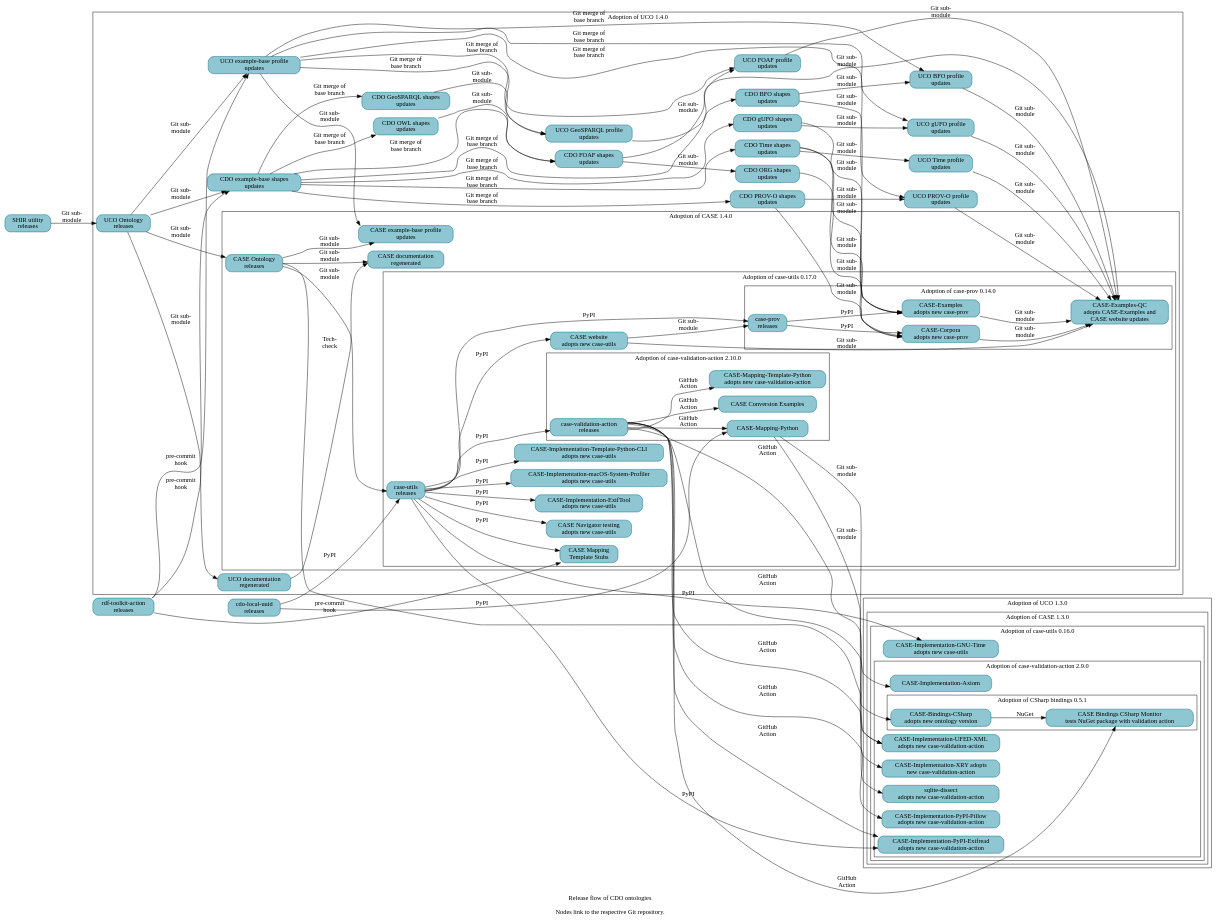
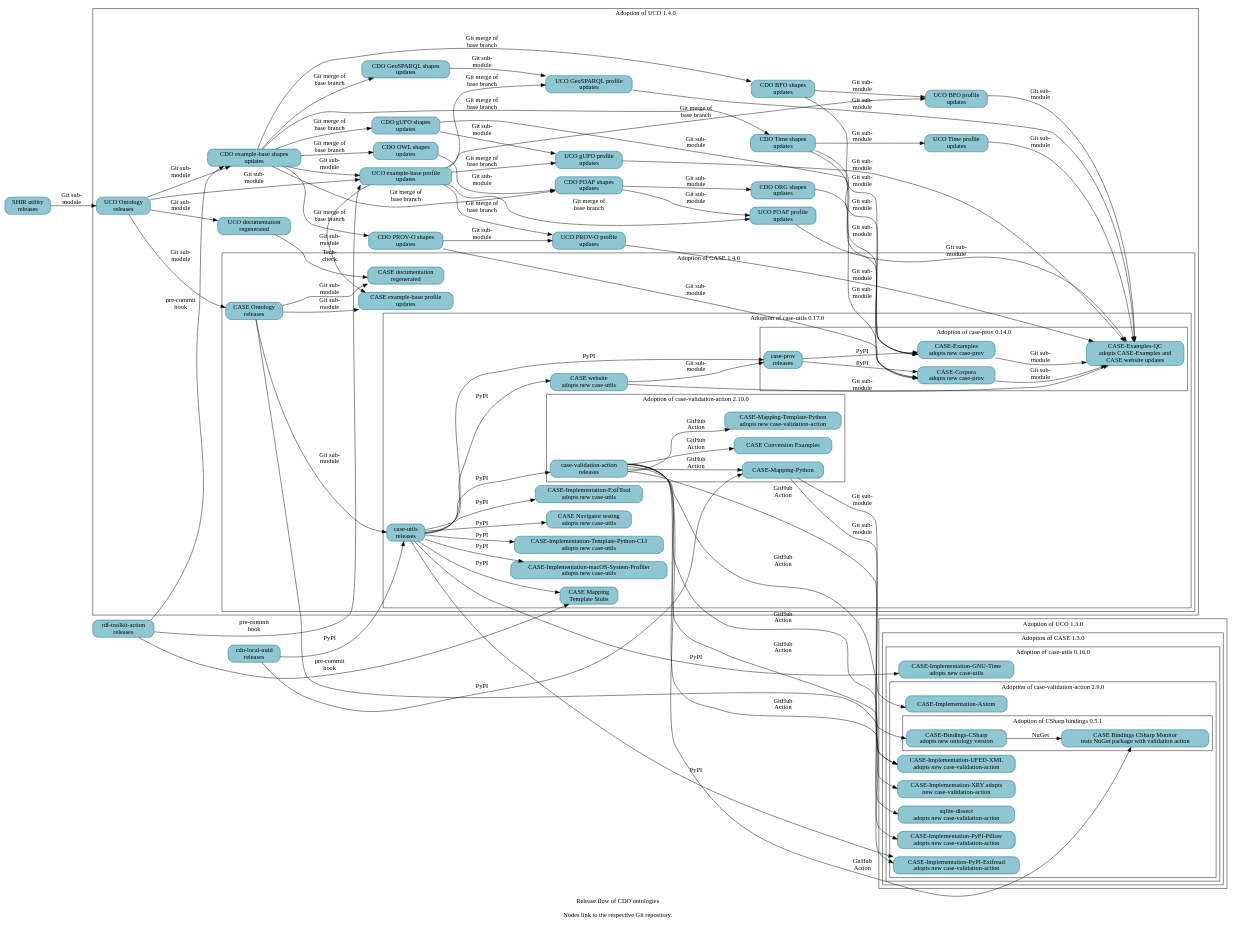
The diagram in resources/project_release_flow.dot (Cyber-Domain-Ontology/cdo.github.io), drawn with Graphviz before and after one commit.

Commit message:
Link CDO-Shapes-Example into supply chain for UCO-Profile-Example
A follow-on patch will regenerate Make-managed files.

References:
* https://github.com/ucoProject/UCO-Profile-Example/pull/4

```diff
--- a/resources/project_release_flow.dot
+++ b/resources/project_release_flow.dot
@@ -144,6 +144,7 @@
   _GH__CYBER_DOMAIN_ONTOLOGY__CDO_SHAPES_EXAMPLE -> _GH__CYBER_DOMAIN_ONTOLOGY__CDO_SHAPES_OWL [label="Git merge of\nbase branch"] ;
   _GH__CYBER_DOMAIN_ONTOLOGY__CDO_SHAPES_EXAMPLE -> _GH__CYBER_DOMAIN_ONTOLOGY__CDO_SHAPES_PROV_O [label="Git merge of\nbase branch"] ;
   _GH__CYBER_DOMAIN_ONTOLOGY__CDO_SHAPES_EXAMPLE -> _GH__CYBER_DOMAIN_ONTOLOGY__CDO_SHAPES_TIME [label="Git merge of\nbase branch"] ;
+  _GH__CYBER_DOMAIN_ONTOLOGY__CDO_SHAPES_EXAMPLE -> _GH__UCOPROJECT__UCO_PROFILE_EXAMPLE [label="Git sub-\nmodule"] ;
   _GH__CYBER_DOMAIN_ONTOLOGY__CDO_SHAPES_FOAF -> _GH__UCOPROJECT__UCO_PROFILE_FOAF [label="Git sub-\nmodule"] ;
   _GH__CYBER_DOMAIN_ONTOLOGY__CDO_SHAPES_GEOSPARQL -> _GH__UCOPROJECT__UCO_PROFILE_GEOSPARQL [label="Git sub-\nmodule"] ;
   _GH__CYBER_DOMAIN_ONTOLOGY__CDO_SHAPES_GUFO -> _GH__CASEWORK__CASE_EXAMPLES [label="Git sub-\nmodule"] ;
```
